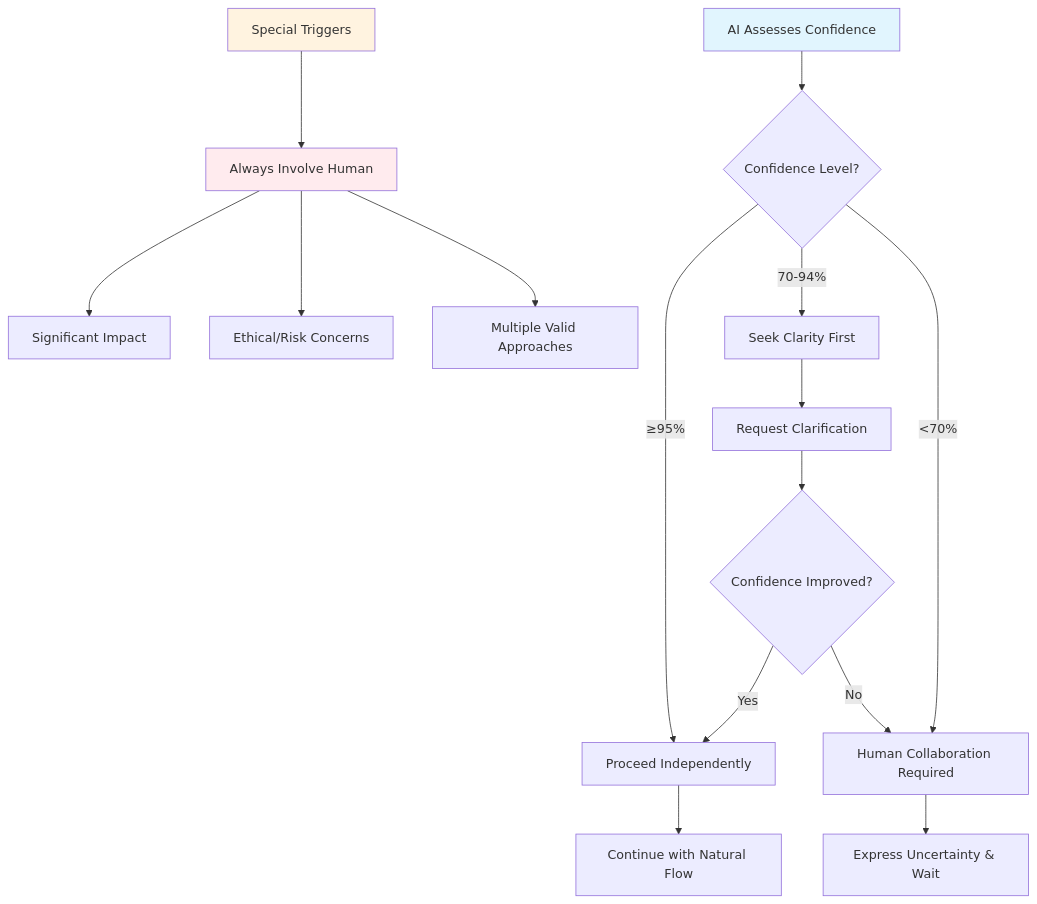
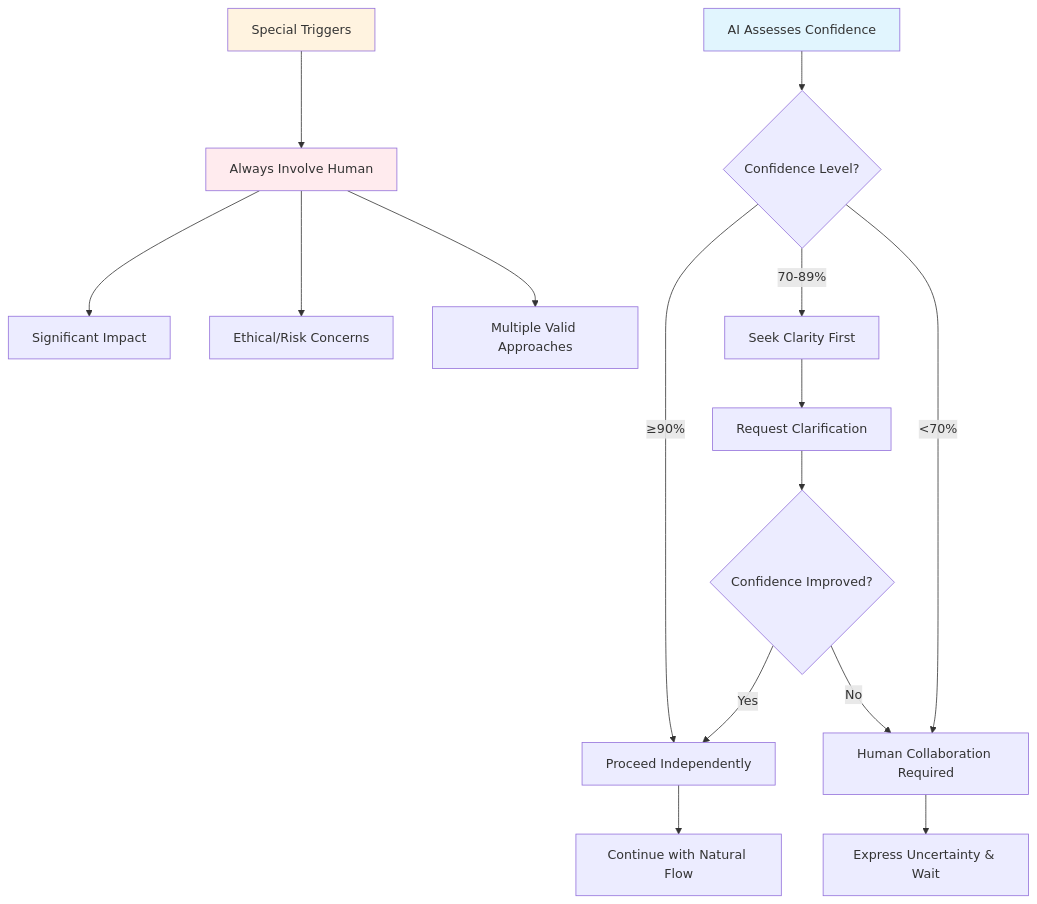
One commit to Aaditri-Informatics/AI-Framework changed the diagram in README.md. Above: the diagram before and after it, drawn with Mermaid. The commit also changed other lines of this file and 1 other file, not shown here.

````diff
--- a/README.md
+++ b/README.md
@@ -42,24 +42,24 @@
 ```mermaid
 graph TD
     A[AI Assesses Confidence] --> B{Confidence Level?}
-    B -->|≥95%| C[Proceed Independently]
-    B -->|70-94%| D[Seek Clarity First]
+    B -->|≥90%| C[Proceed Independently]
+    B -->|70-89%| D[Seek Clarity First]
     B -->|<70%| E[Human Collaboration Required]
     
     C --> F[Continue with Natural Flow]
     D --> G[Request Clarification]
     E --> H[Express Uncertainty & Wait]
     
     G --> I{Confidence Improved?}
     I -->|Yes| C
     I -->|No| E
     
     J[Special Triggers] --> K[Always Involve Human]
     K --> L[Significant Impact]
     K --> M[Ethical/Risk Concerns]
     K --> N[Multiple Valid Approaches]
     
     style A fill:#e1f5fe
     style J fill:#fff3e0
     style K fill:#ffebee
 ```
````
